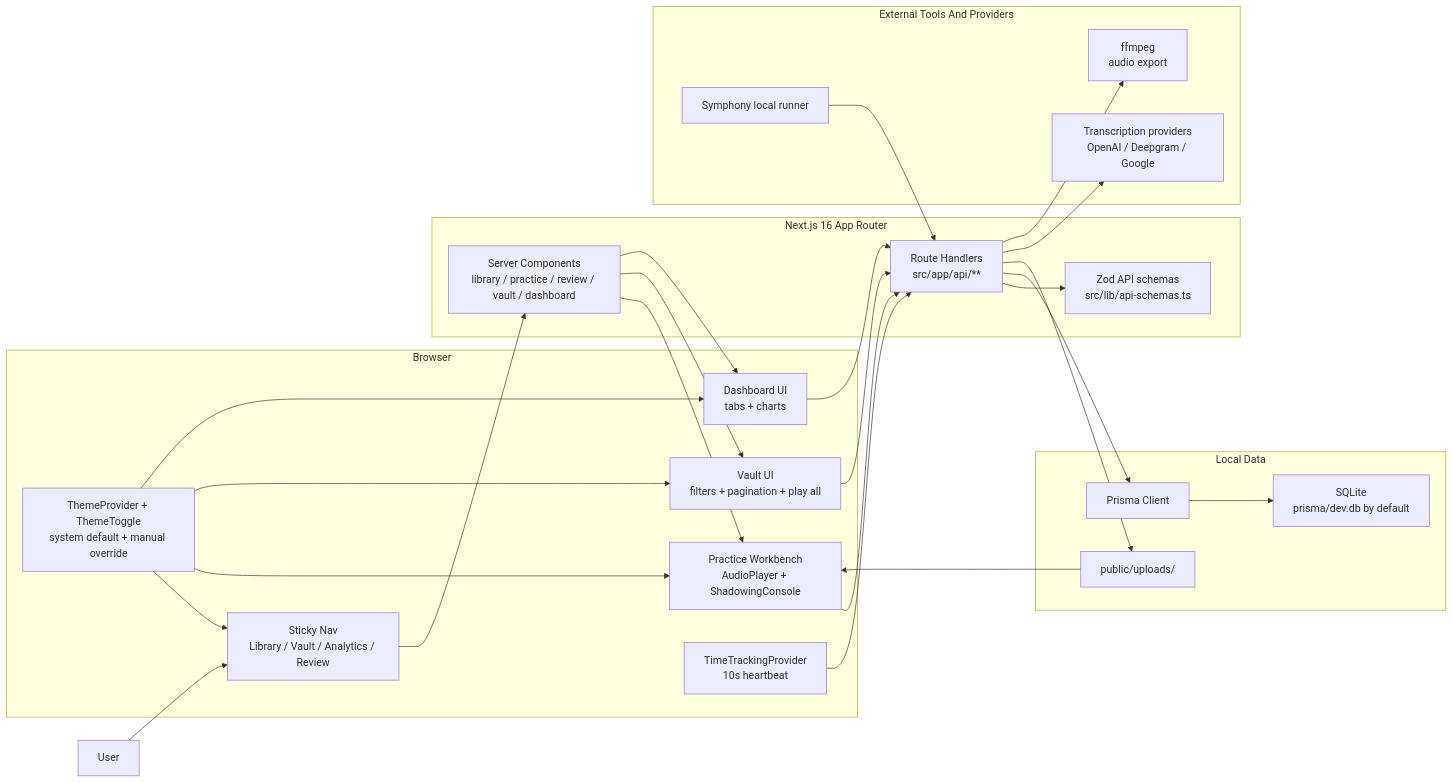
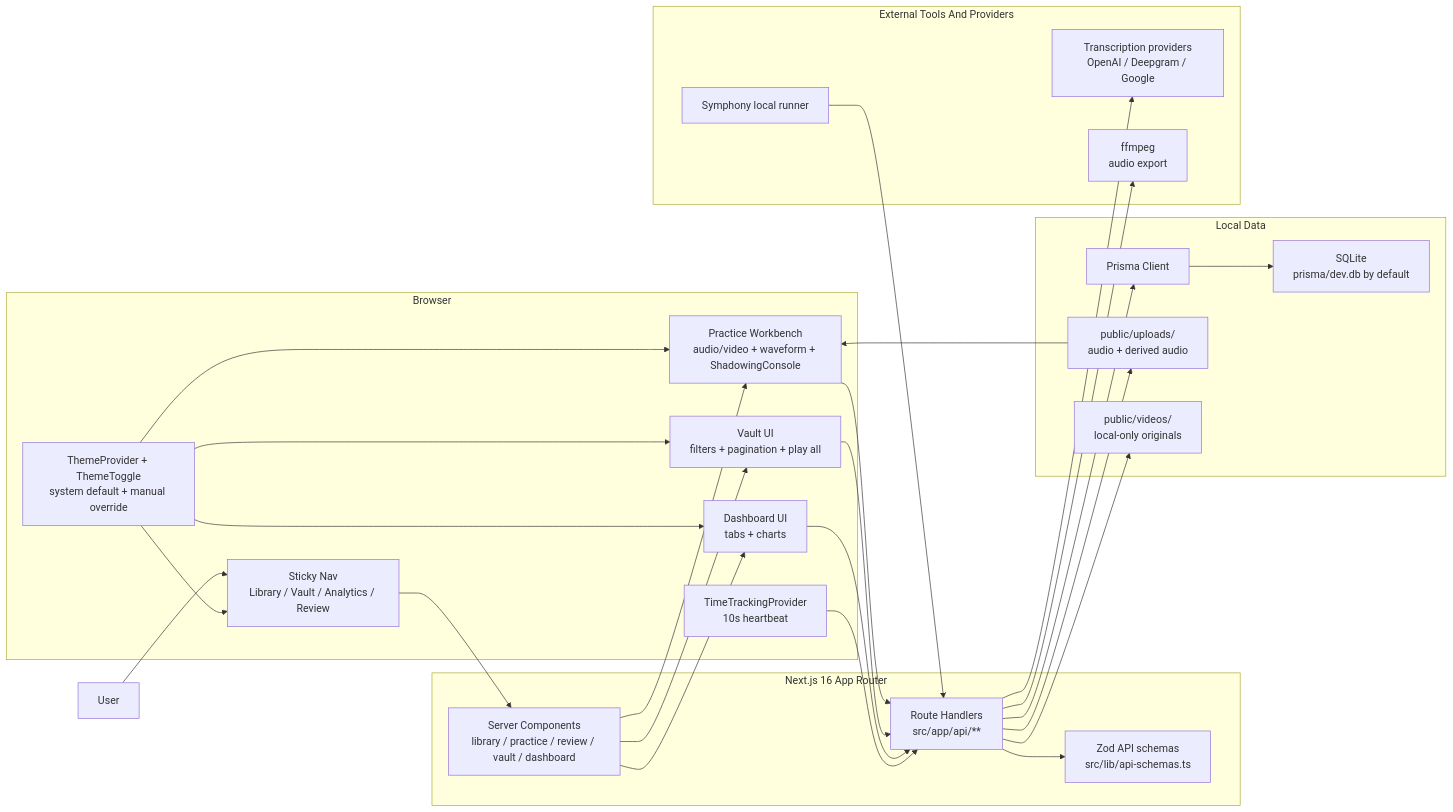
One commit to zhouchangju/DeepListener changed the first of 4 diagrams in docs/architecture.md. Above: the diagram before and after it, drawn with Mermaid. The commit also changed other lines of this file and 14 other files, not shown here.

````diff
--- a/docs/architecture.md
+++ b/docs/architecture.md
@@ -9,53 +9,55 @@
 ```mermaid
 flowchart LR
   User["User"]
 
   subgraph Browser["Browser"]
     Nav["Sticky Nav<br/>Library / Vault / Analytics / Review"]
-    PracticeUI["Practice Workbench<br/>AudioPlayer + ShadowingConsole"]
+    PracticeUI["Practice Workbench<br/>audio/video + waveform + ShadowingConsole"]
     VaultUI["Vault UI<br/>filters + pagination + play all"]
     DashboardUI["Dashboard UI<br/>tabs + charts"]
     Theme["ThemeProvider + ThemeToggle<br/>system default + manual override"]
     TimeTracking["TimeTrackingProvider<br/>10s heartbeat"]
   end
 
   subgraph NextApp["Next.js 16 App Router"]
     Pages["Server Components<br/>library / practice / review / vault / dashboard"]
     Api["Route Handlers<br/>src/app/api/**"]
     Schemas["Zod API schemas<br/>src/lib/api-schemas.ts"]
   end
 
   subgraph Data["Local Data"]
     Prisma["Prisma Client"]
     SQLite["SQLite<br/>prisma/dev.db by default"]
-    Uploads["public/uploads/"]
+    Uploads["public/uploads/<br/>audio + derived audio"]
+    Videos["public/videos/<br/>local-only originals"]
   end
 
   subgraph External["External Tools And Providers"]
     STT["Transcription providers<br/>OpenAI / Deepgram / Google"]
     FFmpeg["ffmpeg<br/>audio export"]
     Symphony["Symphony local runner"]
   end
 
   User --> Nav
   Theme --> Nav
   Theme --> PracticeUI
   Theme --> VaultUI
   Theme --> DashboardUI
   Nav --> Pages
   Pages --> PracticeUI
   Pages --> VaultUI
   Pages --> DashboardUI
   PracticeUI --> Api
   VaultUI --> Api
   DashboardUI --> Api
   TimeTracking --> Api
   Api --> Schemas
   Api --> Prisma
   Prisma --> SQLite
   Api --> Uploads
+  Api --> Videos
   Uploads --> PracticeUI
   Api --> STT
   Api --> FFmpeg
   Symphony --> Api
 ```
````
